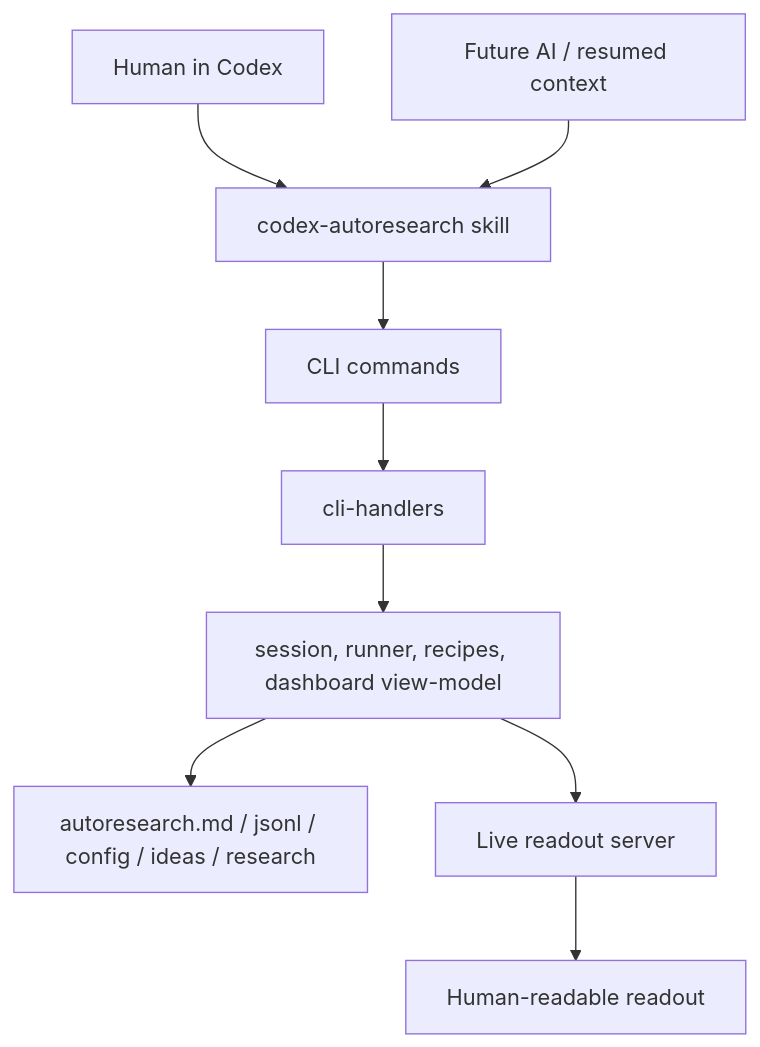
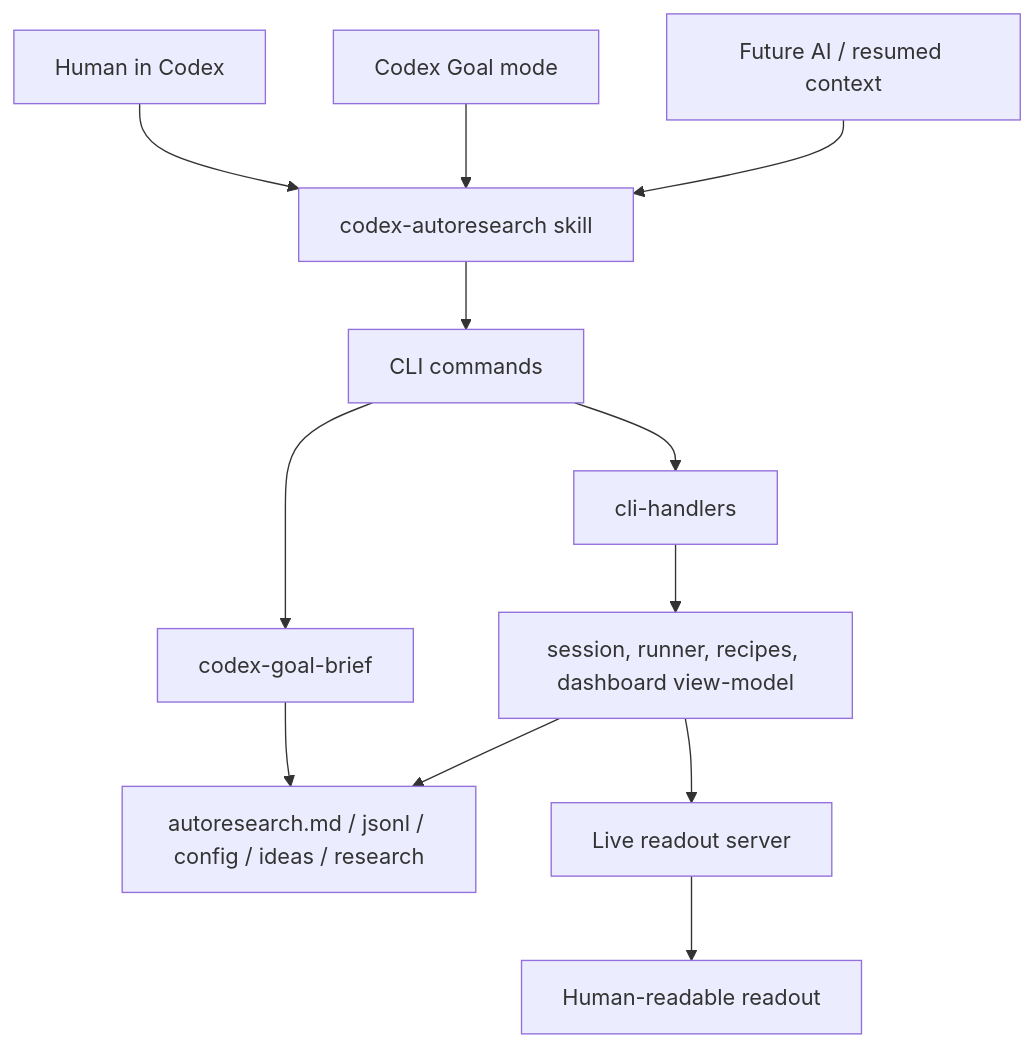
The first of 5 diagrams in plugins/codex-autoresearch/docs/architecture.md (TheGreenCedar/codex-autoresearch), drawn with Mermaid before and after one commit. The commit also changed other lines of this file and 18 other files, not shown here.

Commit message:
Add Codex Goal bridge for Autoresearch

````diff
--- a/plugins/codex-autoresearch/docs/architecture.md
+++ b/plugins/codex-autoresearch/docs/architecture.md
@@ -7,11 +7,14 @@
 ```mermaid
 flowchart TD
   U["Human in Codex"] --> S["codex-autoresearch skill"]
+  Goal["Codex Goal mode"] --> S
   A["Future AI / resumed context"] --> S
   S --> CLI["CLI commands"]
+  CLI --> GoalBridge["codex-goal-brief"]
   CLI --> H["cli-handlers"]
+  GoalBridge --> Files
   H --> Core["session, runner, recipes, dashboard view-model"]
   Core --> Files["autoresearch.md / jsonl / config / ideas / research"]
   Core --> Dash["Live readout server"]
   Dash --> Browser["Human-readable readout"]
 ```
````
